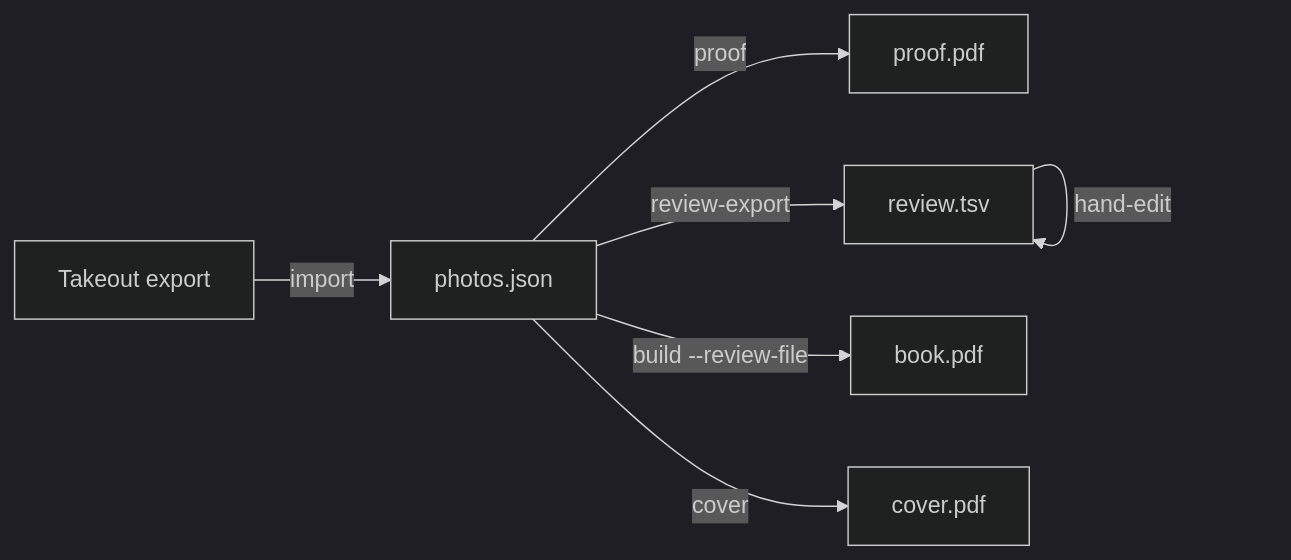
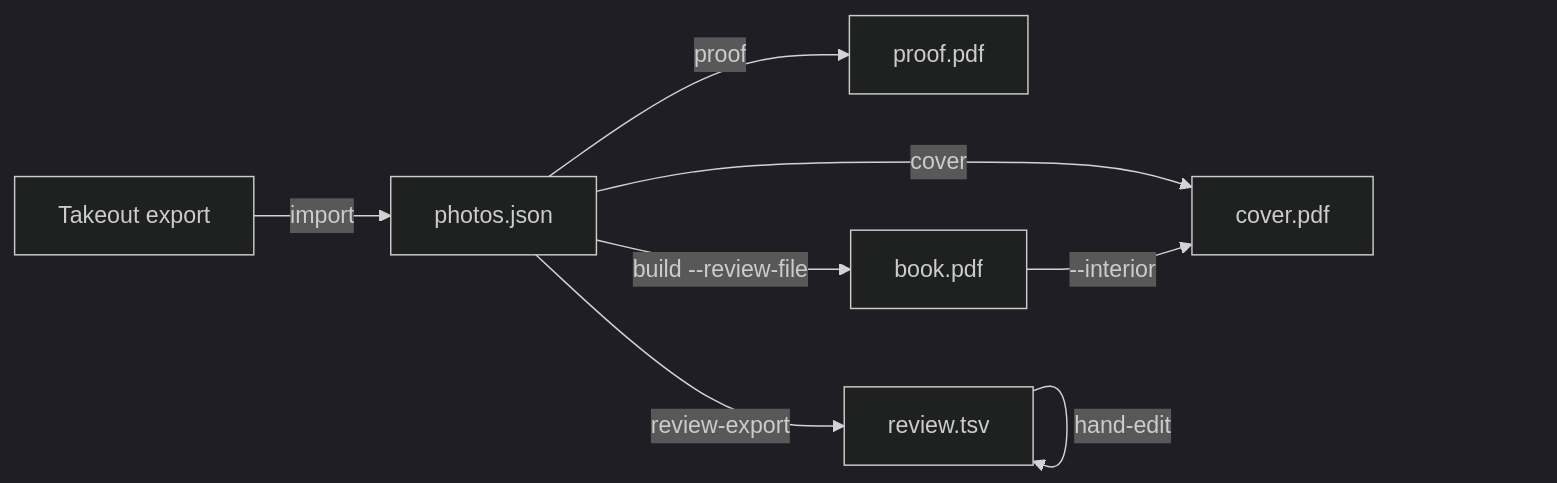
The diagram in docs/index.md (wsnoble/google-photo-book), drawn with Mermaid (dark theme) before and after one commit. The commit also changed 10 other files, not shown here.

````diff
--- a/docs/index.md
+++ b/docs/index.md
@@ -33,9 +33,10 @@
 ```mermaid
 flowchart LR
     A[Takeout export] -->|import| B[photos.json]
     B -->|proof| C[proof.pdf]
     B -->|review-export| D[review.tsv]
     D -->|hand-edit| D
     B -->|build --review-file| E[book.pdf]
     B -->|cover| F[cover.pdf]
+    E -->|--interior| F
 ```
````
